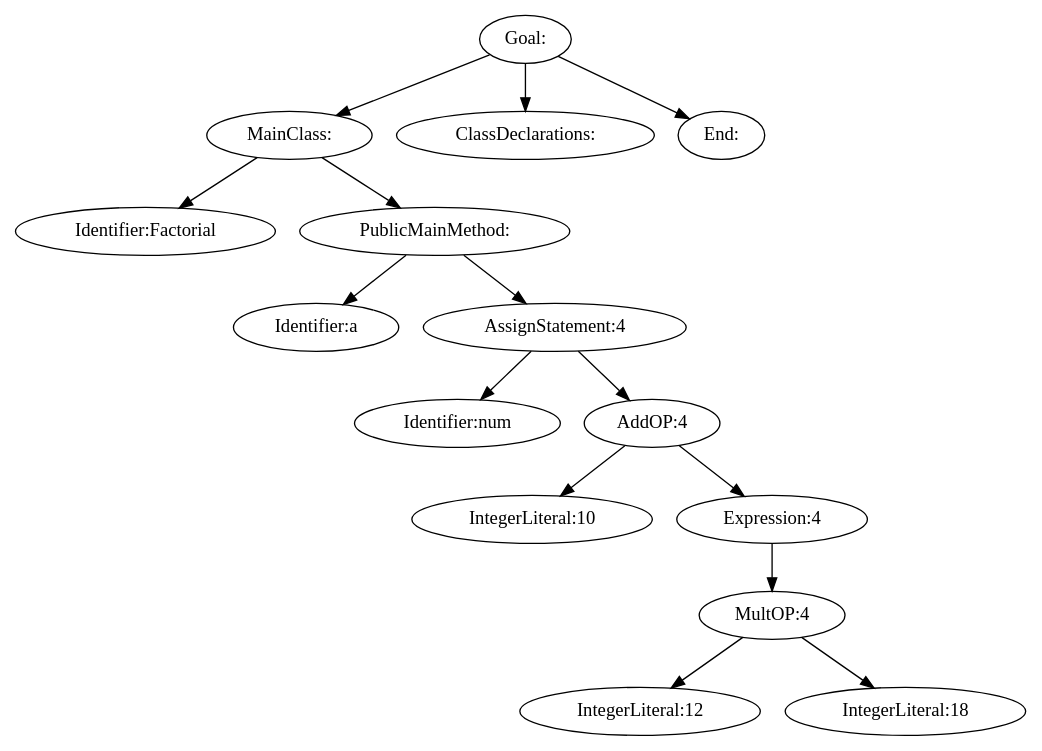
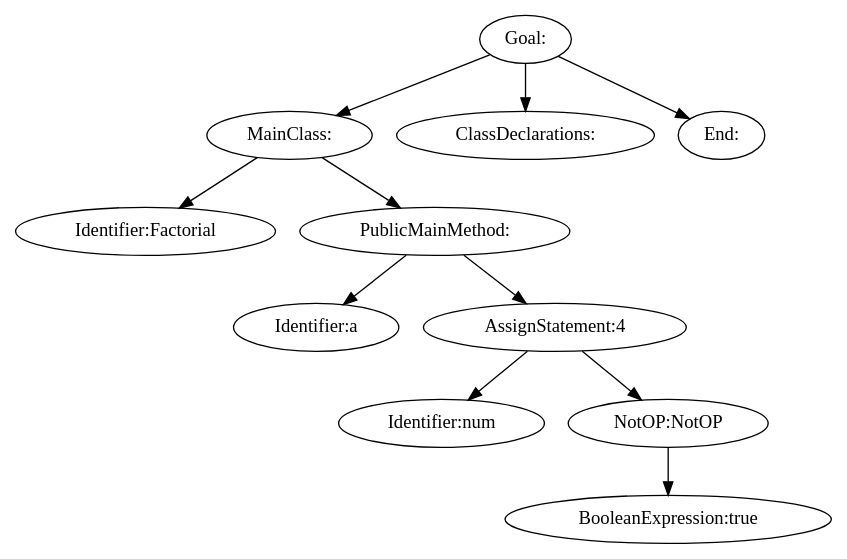
One commit to DingusDungus/kompilator3 changed the diagram in tree.dot. Above: the diagram before and after it, drawn with Graphviz. The commit also changed 5 other files, not shown here.

```diff
--- a/tree.dot
+++ b/tree.dot
@@ -1,31 +1,23 @@
 digraph {
 n0 [label="Goal:"];
 n1 [label="MainClass:"];
 n2 [label="Identifier:Factorial"];
 n1 -> n2
 n3 [label="PublicMainMethod:"];
 n4 [label="Identifier:a"];
 n3 -> n4
 n5 [label="AssignStatement:4"];
 n6 [label="Identifier:num"];
 n5 -> n6
-n7 [label="AddOP:4"];
-n8 [label="IntegerLiteral:10"];
+n7 [label="NotOP:NotOP"];
+n8 [label="BooleanExpression:true"];
 n7 -> n8
-n9 [label="Expression:4"];
-n10 [label="MultOP:4"];
-n11 [label="IntegerLiteral:12"];
-n10 -> n11
-n12 [label="IntegerLiteral:18"];
-n10 -> n12
-n9 -> n10
-n7 -> n9
 n5 -> n7
 n3 -> n5
 n1 -> n3
 n0 -> n1
-n13 [label="ClassDeclarations:"];
-n0 -> n13
-n14 [label="End:"];
-n0 -> n14
+n9 [label="ClassDeclarations:"];
+n0 -> n9
+n10 [label="End:"];
+n0 -> n10
 }
```
